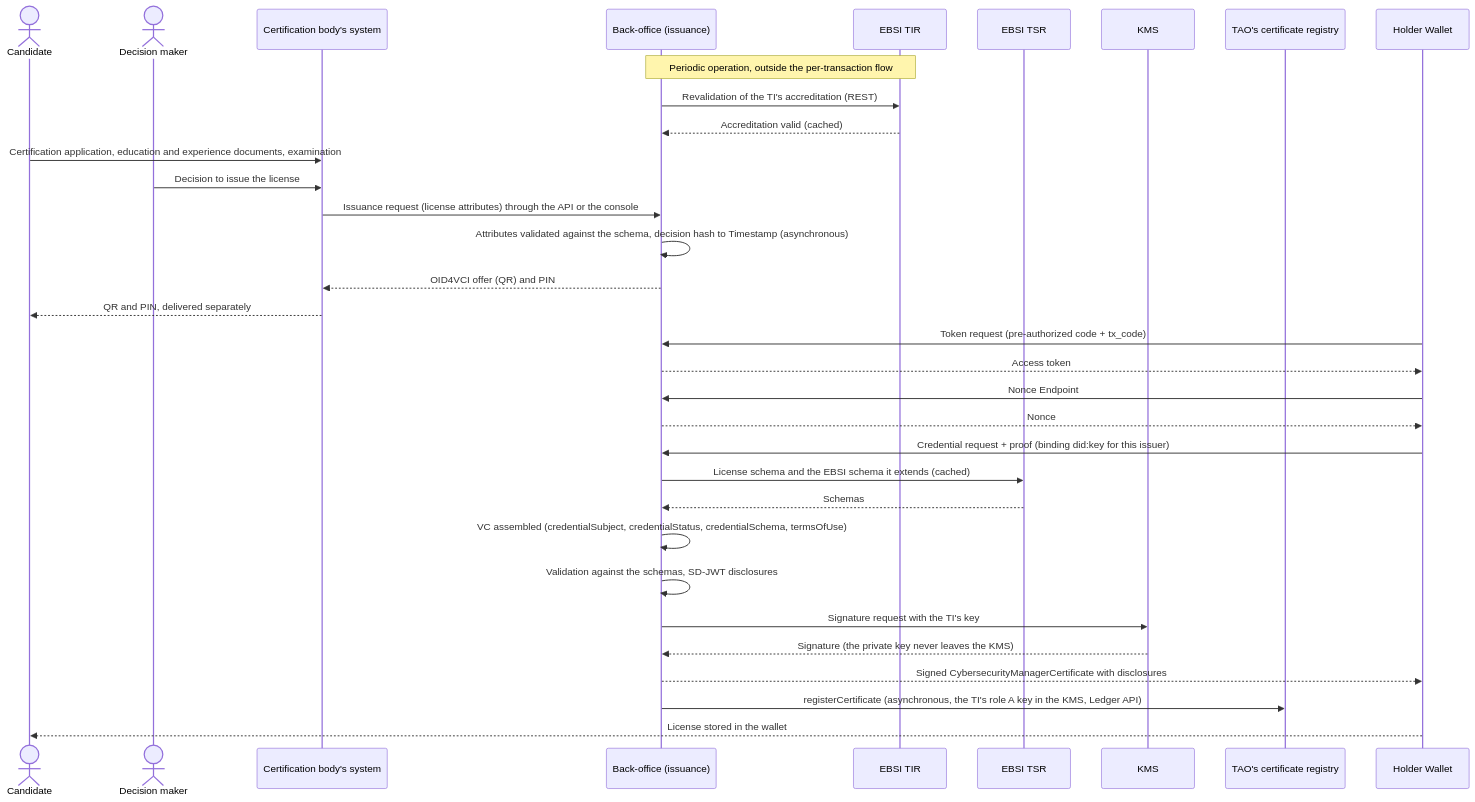
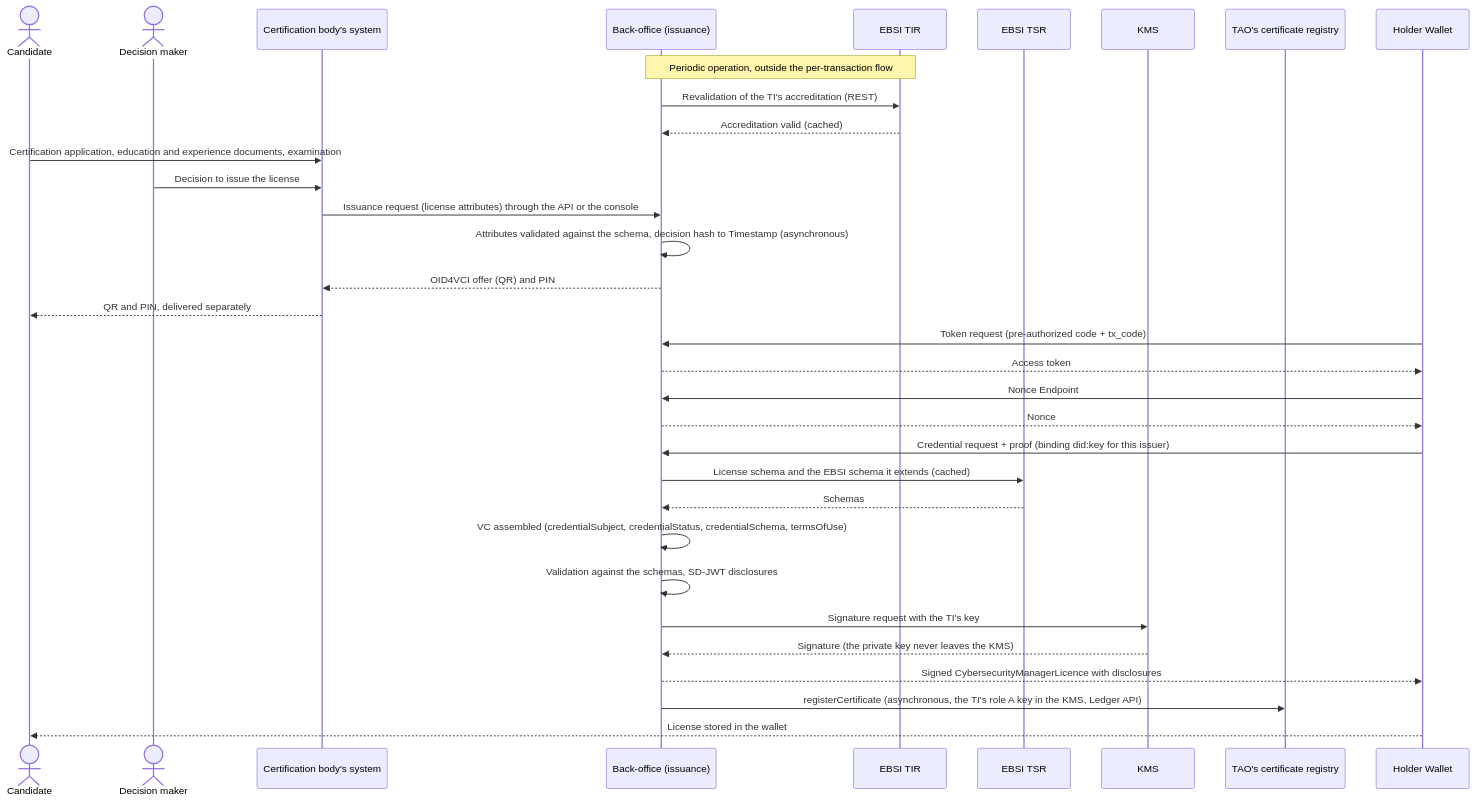
Before and after one commit to fiit-ba/ebsi-licences-for-cybersecurity-managers: the first of 4 diagrams in docs/SPECIFICATION.md, drawn with Mermaid. The commit also changed other lines of this file and 163 other files, not shown here.

Commit message:
fix(mvp): Update app to reflect schema changes

````diff
--- a/docs/SPECIFICATION.md
+++ b/docs/SPECIFICATION.md
@@ -235,40 +235,40 @@
 ```mermaid
 sequenceDiagram
     actor K as Candidate
     actor R as Decision maker
     participant CO as Certification body's system
     participant BO as Back-office (issuance)
     participant TIR as EBSI TIR
     participant TSR as EBSI TSR
     participant KMS as KMS
     participant CR as TAO's certificate registry
     participant W as Holder Wallet
 
     Note over BO,TIR: Periodic operation, outside the per-transaction flow
     BO->>TIR: Revalidation of the TI's accreditation (REST)
     TIR-->>BO: Accreditation valid (cached)
 
     K->>CO: Certification application, education and experience documents, examination
     R->>CO: Decision to issue the license
     CO->>BO: Issuance request (license attributes) through the API or the console
     BO->>BO: Attributes validated against the schema, decision hash to Timestamp (asynchronous)
     BO-->>CO: OID4VCI offer (QR) and PIN
     CO-->>K: QR and PIN, delivered separately
 
     W->>BO: Token request (pre-authorized code + tx_code)
     BO-->>W: Access token
     W->>BO: Nonce Endpoint
     BO-->>W: Nonce
     W->>BO: Credential request + proof (binding did:key for this issuer)
 
     BO->>TSR: License schema and the EBSI schema it extends (cached)
     TSR-->>BO: Schemas
     BO->>BO: VC assembled (credentialSubject, credentialStatus, credentialSchema, termsOfUse)
     BO->>BO: Validation against the schemas, SD-JWT disclosures
     BO->>KMS: Signature request with the TI's key
     KMS-->>BO: Signature (the private key never leaves the KMS)
-    BO-->>W: Signed CybersecurityManagerCertificate with disclosures
+    BO-->>W: Signed CybersecurityManagerLicence with disclosures
 
     BO->>CR: registerCertificate (asynchronous, the TI's role A key in the KMS, Ledger API)
     W-->>K: License stored in the wallet
 ```
````
